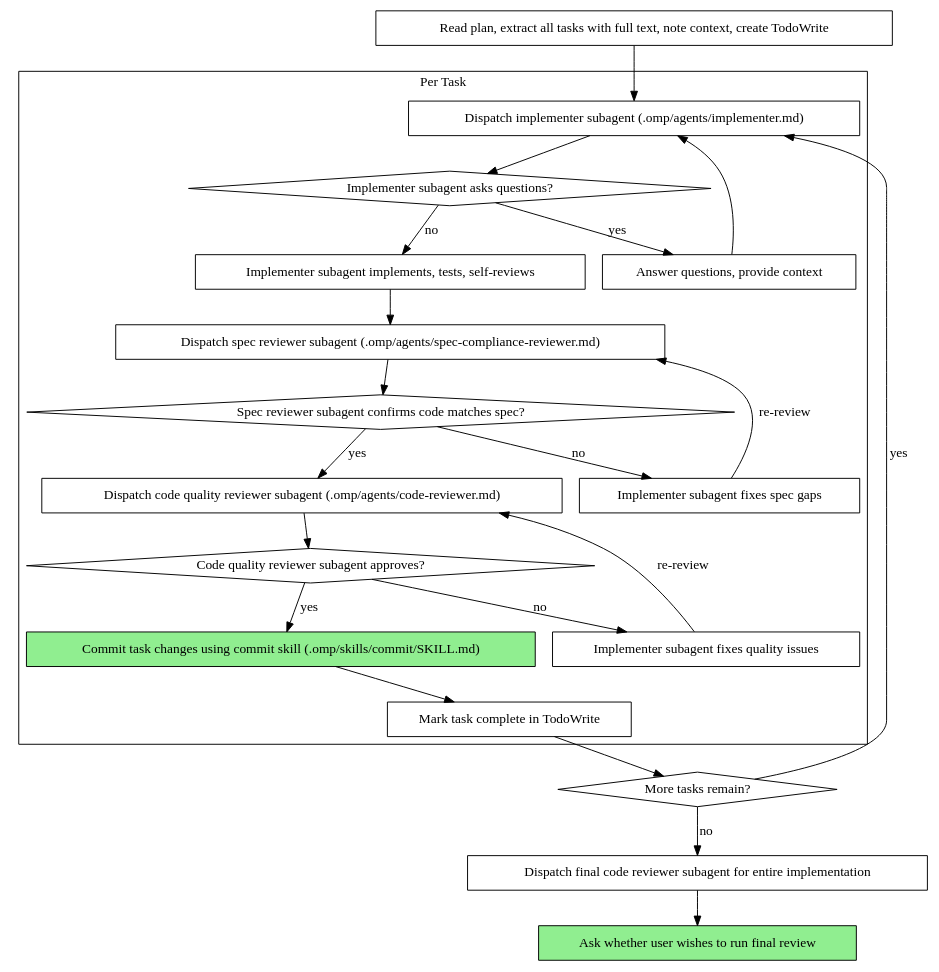
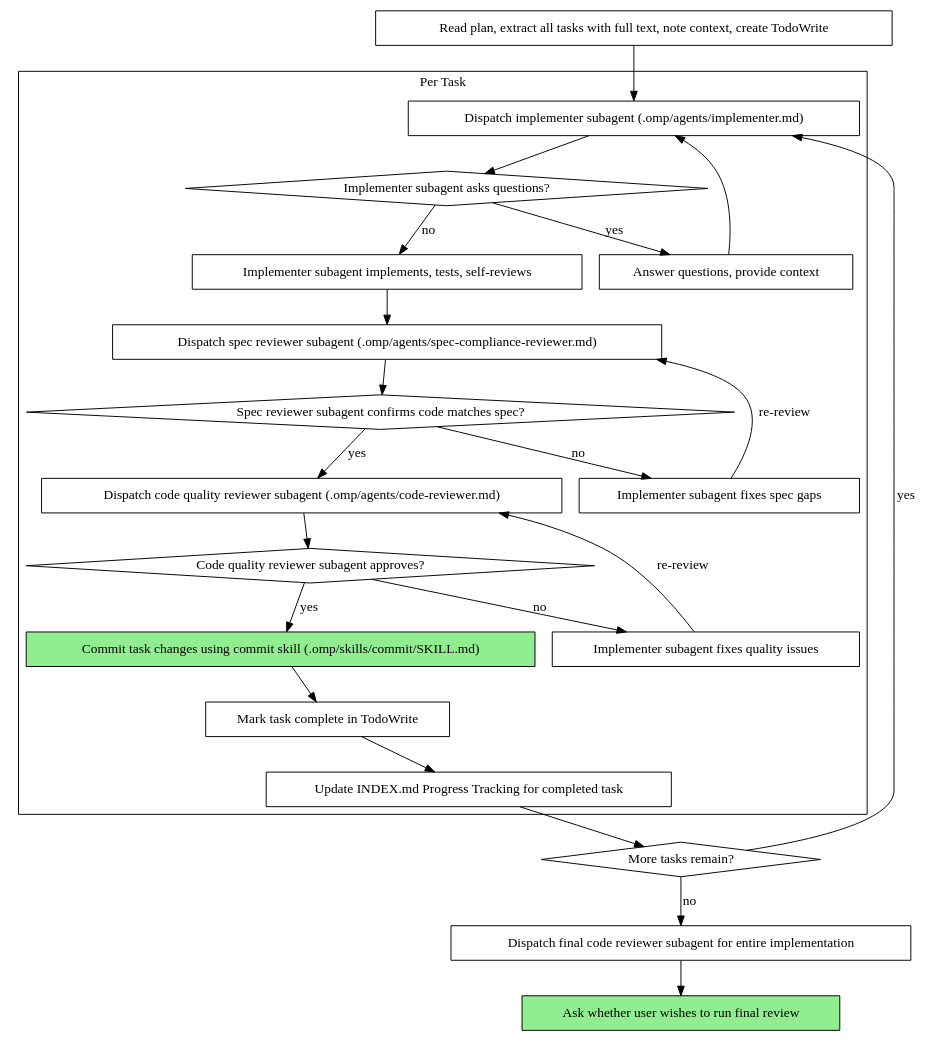
The second of 2 diagrams in .omp/skills/execute-plan/SKILL.md (JG1995/fm-valuescout), drawn with Graphviz before and after one commit. The commit also changed other lines of this file and 9 other files, not shown here.

First line of the commit message:
docs(execute-plan): add INDEX.md progress tracking, mark CSV parser complete, remove placeholders

````diff
--- a/.omp/skills/execute-plan/SKILL.md
+++ b/.omp/skills/execute-plan/SKILL.md
@@ -40,46 +40,48 @@
 ```dot
 digraph process {
     rankdir=TB;
 
     subgraph cluster_per_task {
         label="Per Task";
         "Dispatch implementer subagent (.omp/agents/implementer.md)" [shape=box];
         "Implementer subagent asks questions?" [shape=diamond];
         "Answer questions, provide context" [shape=box];
         "Implementer subagent implements, tests, self-reviews" [shape=box];
         "Dispatch spec reviewer subagent (.omp/agents/spec-compliance-reviewer.md)" [shape=box];
         "Spec reviewer subagent confirms code matches spec?" [shape=diamond];
         "Implementer subagent fixes spec gaps" [shape=box];
         "Dispatch code quality reviewer subagent (.omp/agents/code-reviewer.md)" [shape=box];
         "Code quality reviewer subagent approves?" [shape=diamond];
         "Implementer subagent fixes quality issues" [shape=box];
         "Commit task changes using commit skill (.omp/skills/commit/SKILL.md)" [shape=box style=filled fillcolor=lightgreen];
         "Mark task complete in TodoWrite" [shape=box];
+        "Update INDEX.md Progress Tracking for completed task" [shape=box];
     }
 
     "Read plan, extract all tasks with full text, note context, create TodoWrite" [shape=box];
     "More tasks remain?" [shape=diamond];
     "Dispatch final code reviewer subagent for entire implementation" [shape=box];
     "Ask whether user wishes to run final review" [shape=box style=filled fillcolor=lightgreen];
 
     "Read plan, extract all tasks with full text, note context, create TodoWrite" -> "Dispatch implementer subagent (.omp/agents/implementer.md)";
     "Dispatch implementer subagent (.omp/agents/implementer.md)" -> "Implementer subagent asks questions?";
     "Implementer subagent asks questions?" -> "Answer questions, provide context" [label="yes"];
     "Answer questions, provide context" -> "Dispatch implementer subagent (.omp/agents/implementer.md)";
     "Implementer subagent asks questions?" -> "Implementer subagent implements, tests, self-reviews" [label="no"];
     "Implementer subagent implements, tests, self-reviews" -> "Dispatch spec reviewer subagent (.omp/agents/spec-compliance-reviewer.md)";
     "Dispatch spec reviewer subagent (.omp/agents/spec-compliance-reviewer.md)" -> "Spec reviewer subagent confirms code matches spec?";
     "Spec reviewer subagent confirms code matches spec?" -> "Implementer subagent fixes spec gaps" [label="no"];
     "Implementer subagent fixes spec gaps" -> "Dispatch spec reviewer subagent (.omp/agents/spec-compliance-reviewer.md)" [label="re-review"];
     "Spec reviewer subagent confirms code matches spec?" -> "Dispatch code quality reviewer subagent (.omp/agents/code-reviewer.md)" [label="yes"];
     "Dispatch code quality reviewer subagent (.omp/agents/code-reviewer.md)" -> "Code quality reviewer subagent approves?";
     "Code quality reviewer subagent approves?" -> "Implementer subagent fixes quality issues" [label="no"];
     "Implementer subagent fixes quality issues" -> "Dispatch code quality reviewer subagent (.omp/agents/code-reviewer.md)" [label="re-review"];
     "Code quality reviewer subagent approves?" -> "Commit task changes using commit skill (.omp/skills/commit/SKILL.md)" [label="yes"];
     "Commit task changes using commit skill (.omp/skills/commit/SKILL.md)" -> "Mark task complete in TodoWrite";
-    "Mark task complete in TodoWrite" -> "More tasks remain?";
+    "Mark task complete in TodoWrite" -> "Update INDEX.md Progress Tracking for completed task";
+    "Update INDEX.md Progress Tracking for completed task" -> "More tasks remain?";
     "More tasks remain?" -> "Dispatch implementer subagent (.omp/agents/implementer.md)" [label="yes"];
     "More tasks remain?" -> "Dispatch final code reviewer subagent for entire implementation" [label="no"];
     "Dispatch final code reviewer subagent for entire implementation" -> "Ask whether user wishes to run final review";
 }
 ```
````
